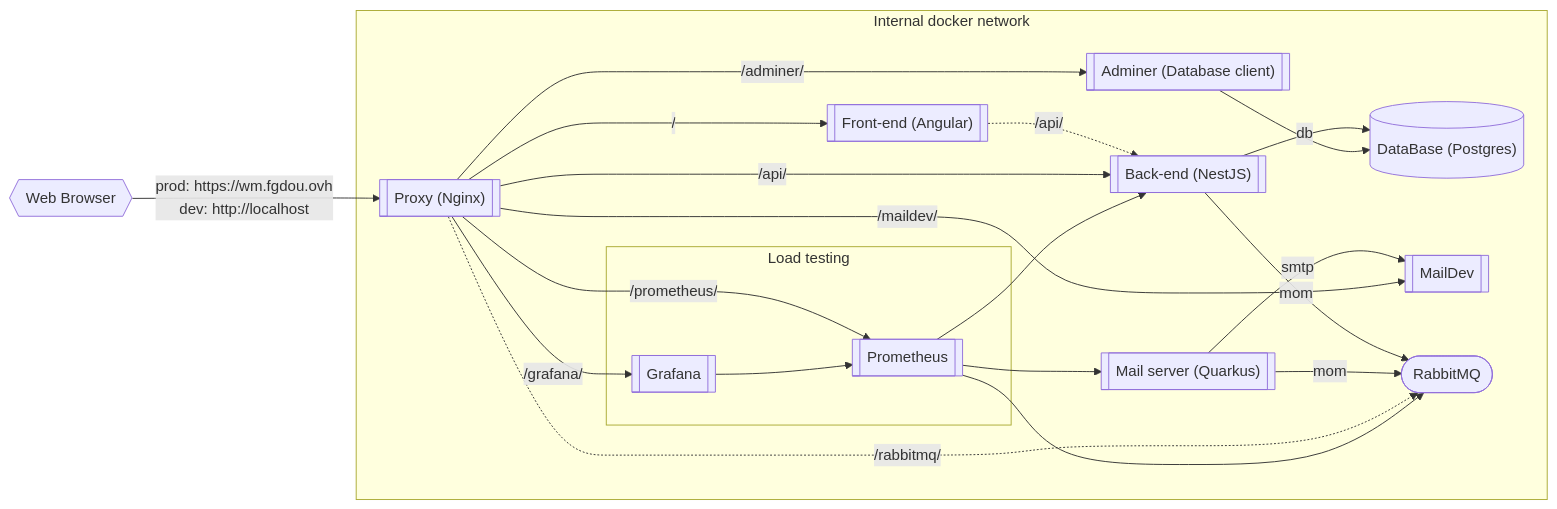
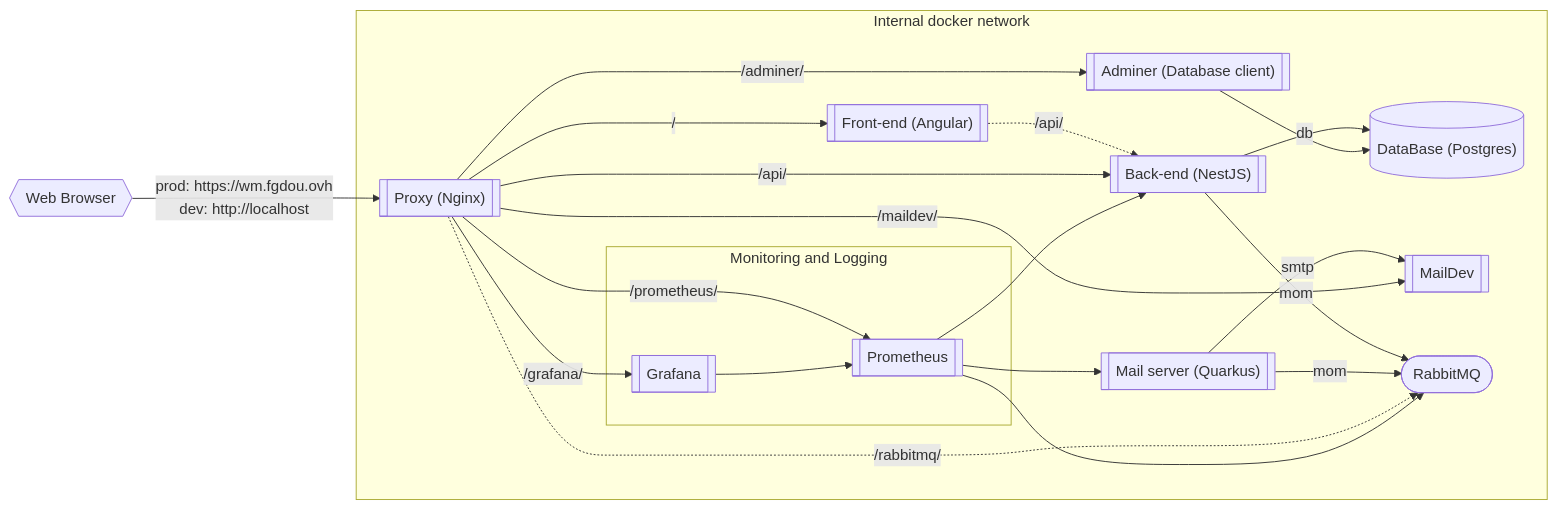
The diagram in doc/services.md (CodyAdam/my-admin-panel), drawn with Mermaid before and after one commit.

````diff
--- a/doc/services.md
+++ b/doc/services.md
@@ -3,43 +3,43 @@
 ```mermaid
 flowchart LR
     user{{Web Browser}}
     
     subgraph "Internal docker network"
         db[("DataBase (Postgres)")]
         quarkus[["Mail server (Quarkus)"]]
         maildev[["MailDev"]]
         mom(["RabbitMQ"])
         proxy[["Proxy (Nginx)"]]
         front[["Front-end (Angular)"]]
         back[["Back-end (NestJS)"]]
         adminer[["Adminer (Database client)"]]
         
-        subgraph "Load testing"
+        subgraph "Monitoring and Logging"
             prometheus[["Prometheus"]]
             grafana[["Grafana"]]
         end
     end
     
     user --> | prod: https://wm.fgdou.ovh \n dev: http://localhost | proxy
 
     front .-> | /api/ | back
     back --> |db| db
     back --> |mom| mom
     quarkus --> |mom| mom
     quarkus --> |smtp| maildev
     adminer --> db
     
     proxy --> | /api/ | back
     proxy --> | / | front
     proxy .-> | /rabbitmq/ | mom
     proxy --> | /maildev/ | maildev
     proxy --> | /adminer/ | adminer
     proxy --> | /prometheus/ | prometheus
     proxy --> | /grafana/ | grafana
     
     prometheus --> back
     prometheus --> mom
     prometheus --> quarkus
     
     grafana --> prometheus
 ```
````
